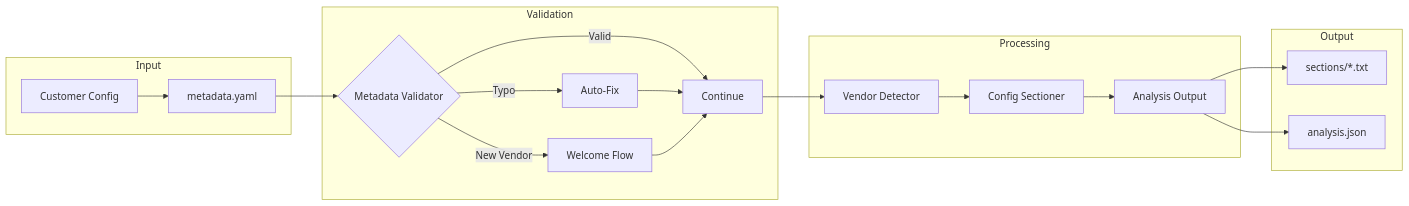
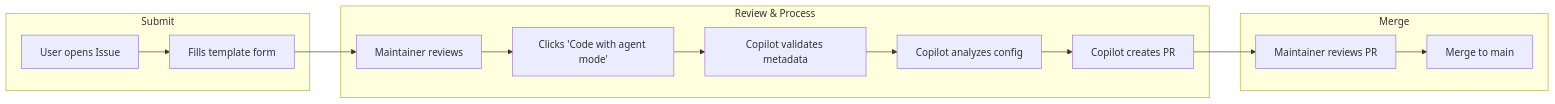
Before and after one commit to microsoft/Azure_Local_Physical_Network_Config_Tool: the third of 3 diagrams in .github/docs/AzureLocal_Physical_Network_Config_Tool_Design_Doc.md, drawn with Mermaid. The commit also changed other lines of this file and 2 other files, not shown here.

First line of the commit message:
feat(phase10): Copilot-assisted submission workflow

````diff
--- a/.github/docs/AzureLocal_Physical_Network_Config_Tool_Design_Doc.md
+++ b/.github/docs/AzureLocal_Physical_Network_Config_Tool_Design_Doc.md
@@ -96,26 +96,19 @@
 ```mermaid
 flowchart LR
-    subgraph "Input"
-        A[Customer Config] --> B[metadata.yaml]
+    subgraph "Submit"
+        A[User opens Issue] --> B[Fills template form]
     end
     
-    subgraph "Validation"
-        B --> C{Metadata Validator}
-        C -->|Typo| D[Auto-Fix]
-        C -->|New Vendor| E[Welcome Flow]
-        C -->|Valid| F[Continue]
-        D --> F
-        E --> F
+    subgraph "Review & Process"
+        B --> C[Maintainer reviews]
+        C --> D["Clicks 'Code with agent mode'"]
+        D --> E[Copilot validates metadata]
+        E --> F[Copilot analyzes config]
+        F --> G[Copilot creates PR]
     end
     
-    subgraph "Processing"
-        F --> G[Vendor Detector]
-        G --> H[Config Sectioner]
-        H --> I[Analysis Output]
-    end
-    
-    subgraph "Output"
-        I --> J[sections/*.txt]
-        I --> K[analysis.json]
+    subgraph "Merge"
+        G --> H[Maintainer reviews PR]
+        H --> I[Merge to main]
     end
 ```
````
